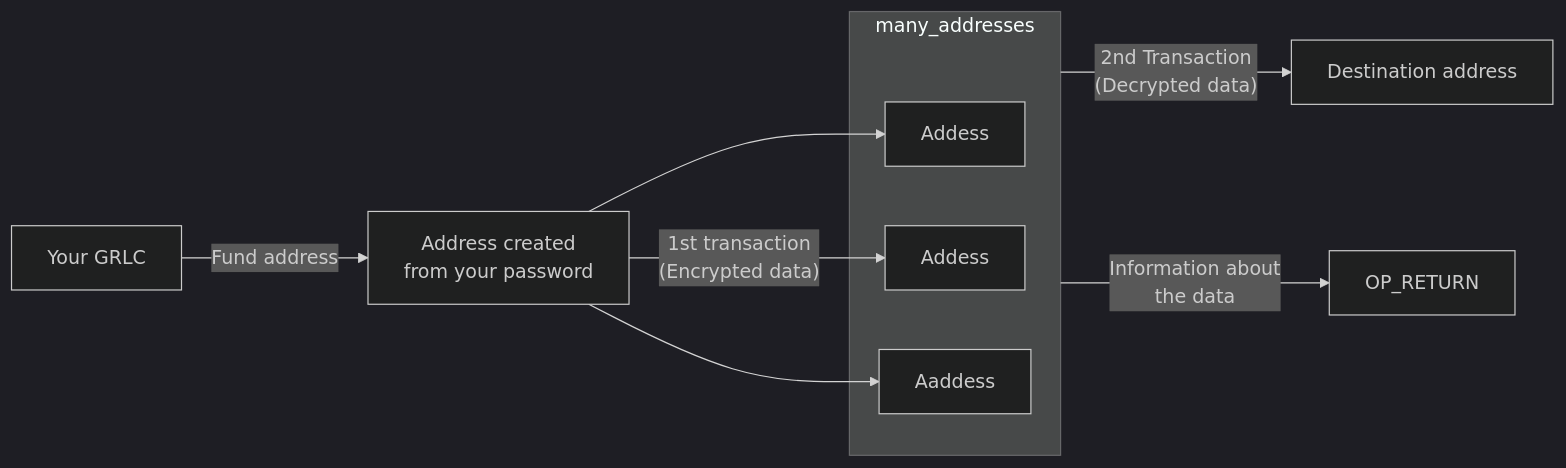
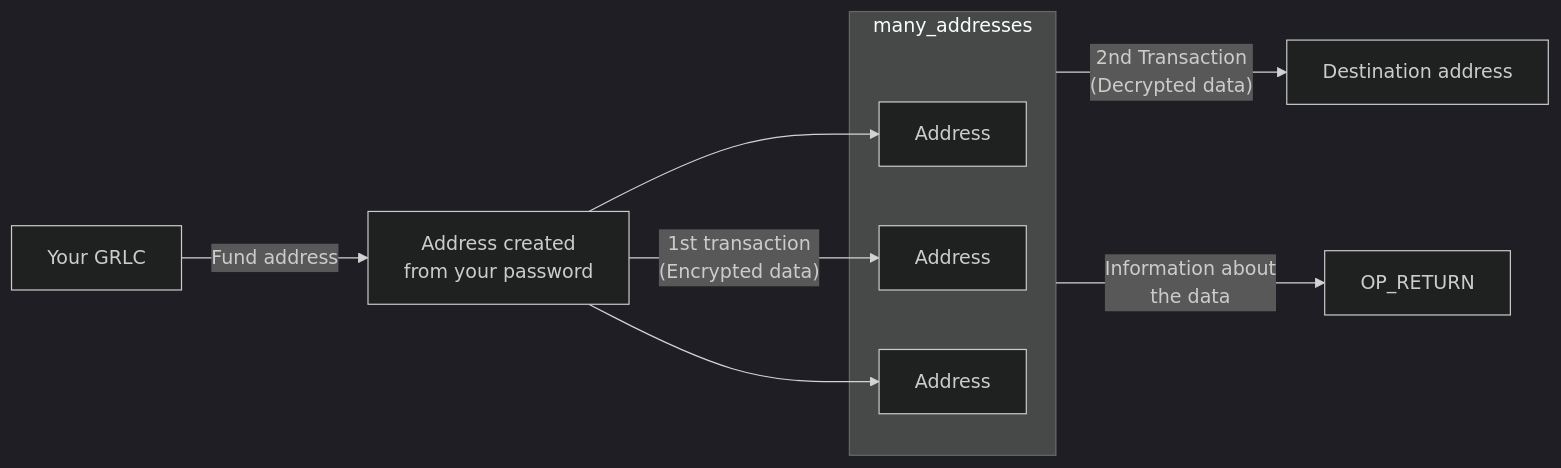
The diagram in README.md (opreturn-net/p2shdata-gui), drawn with Mermaid (dark theme) before and after one commit.

Commit message:
Fixed typos

````diff
--- a/README.md
+++ b/README.md
@@ -61,15 +61,15 @@
 ```mermaid
 graph LR
 A[Your GRLC] 
 A --> |Fund address|B[Address created\nfrom your password] 
 subgraph many_addresses
-C[Addess]
-D[Addess]
-E[Aaddess]
+C[Address]
+D[Address]
+E[Address]
 end
 B--> C
 B --> |"1st transaction\n(Encrypted data)"|D
 B --> E
 many_addresses -->|"2nd Transaction\n(Decrypted data)"| F[Destination address]
 many_addresses -->|Information about\nthe data| G[OP_RETURN]
 ```
````
